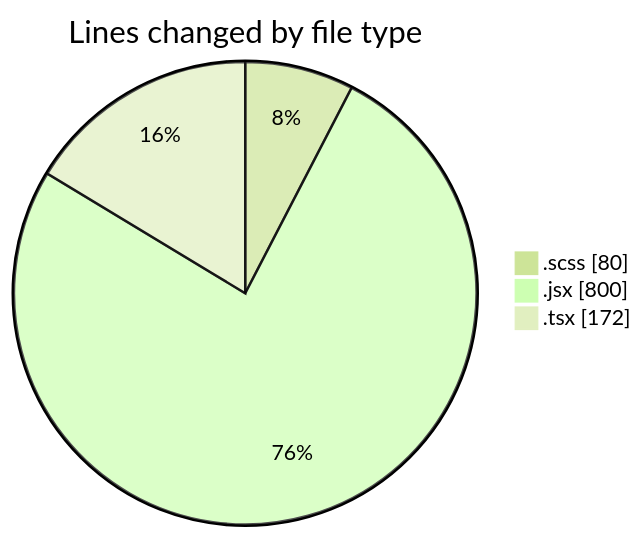
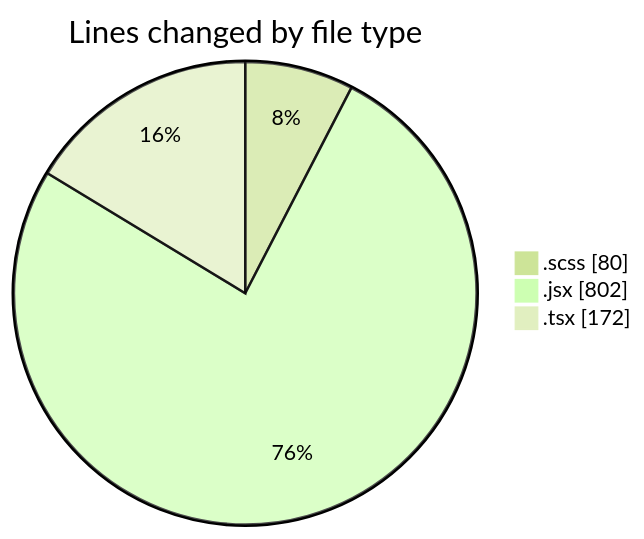
Before and after one commit to momahboobian/code-tracking: the first of 2 diagrams in 2025-06-03/cda/README.md, drawn with Mermaid (forest theme). The commit also changed other lines of this file and 1 other file, not shown here.

````diff
--- a/2025-06-03/cda/README.md
+++ b/2025-06-03/cda/README.md
@@ -23,7 +23,7 @@
 ```mermaid
 pie showData
 title Lines changed by file type
 ".scss" : 80
-".jsx" : 800
+".jsx" : 802
 ".tsx" : 172
 ```
````
